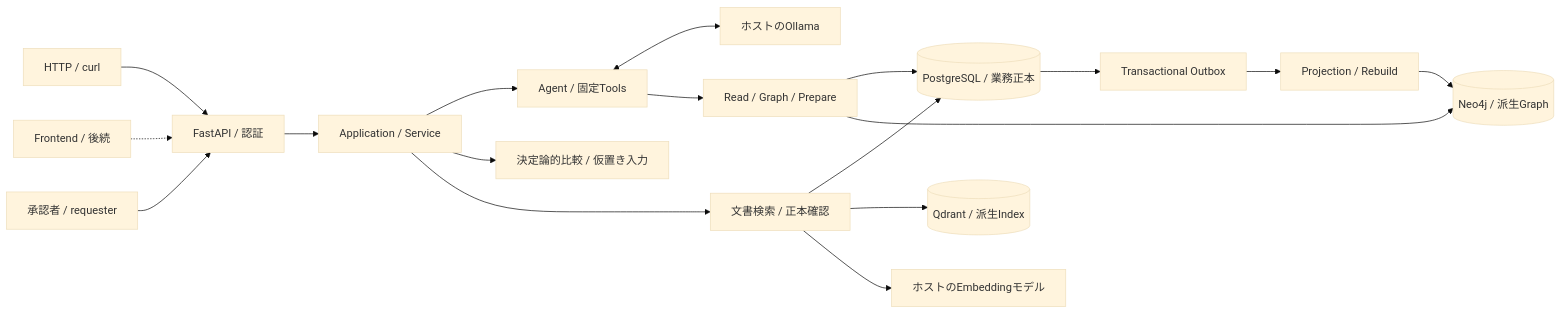
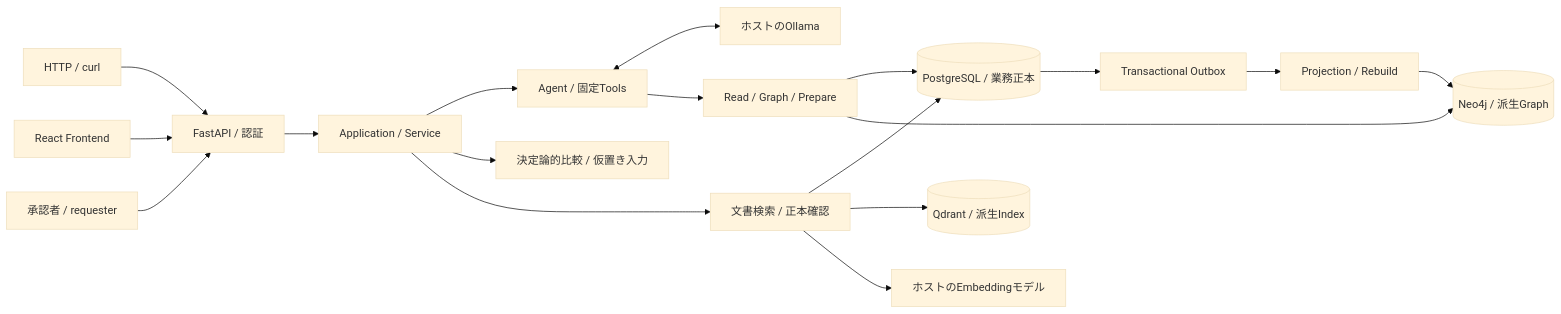
Before and after one commit to philippos2/line-scope: the diagram in README.md, drawn with Mermaid (base theme). The commit also changed other lines of this file and 15 other files, not shown here.

````diff
--- a/README.md
+++ b/README.md
@@ -26,20 +26,20 @@
 ```mermaid
 flowchart LR
     Curl[HTTP / curl] --> API[FastAPI / 認証]
-    UI[Frontend / 後続] -.-> API
+    UI[React Frontend] --> API
     API --> App[Application / Service]
     App --> Agent[Agent / 固定Tools]
     Agent <--> LLM[ホストのOllama]
     Agent --> Tools[Read / Graph / Prepare]
     Tools --> PG[(PostgreSQL / 業務正本)]
     Tools --> Neo4j[(Neo4j / 派生Graph)]
     App --> Comparison[決定論的比較 / 仮置き入力]
     App --> RAG[文書検索 / 正本確認]
     RAG --> PG
     RAG --> Qdrant[(Qdrant / 派生Index)]
     RAG --> Embed[ホストのEmbeddingモデル]
     PG --> Outbox[Transactional Outbox]
     Outbox --> Projection[Projection / Rebuild]
     Projection --> Neo4j
     Operator[承認者 / requester] --> API
 ```
````
